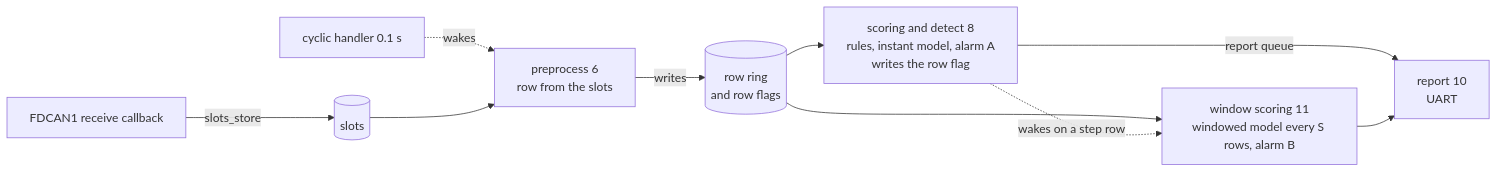
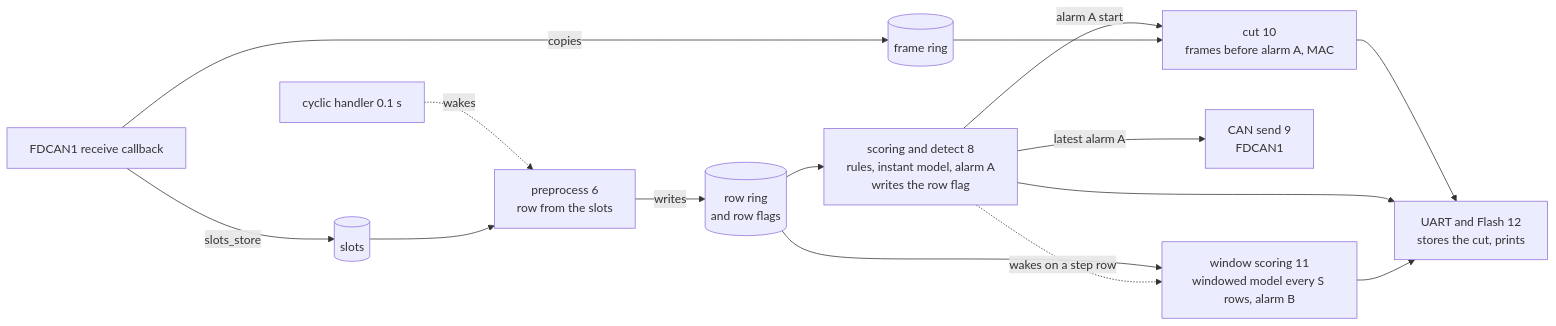
One commit to asana17/ai_can_anomaly_detection changed the diagram in board/docs/goal_window.md. Above: the diagram before and after it, drawn with Mermaid. The commit also changed other lines of this file, not shown here.

Commit message:
docs(board): plan the alarm outputs and the cut task

````diff
--- a/board/docs/goal_window.md
+++ b/board/docs/goal_window.md
@@ -86,12 +87,17 @@
 ```mermaid
 flowchart LR
     irq["FDCAN1 receive callback"] -- slots_store --> slots[(slots)]
+    irq -- copies --> frames[(frame ring)]
     tick[cyclic handler 0.1 s] -. wakes .-> pre
     slots --> pre["preprocess 6<br/>row from the slots"]
     pre -- writes --> ring[(row ring<br/>and row flags)]
     ring --> sd["scoring and detect 8<br/>rules, instant model, alarm A<br/>writes the row flag"]
     ring --> win["window scoring 11<br/>windowed model every S rows, alarm B"]
     sd -. wakes on a step row .-> win
-    sd -- report queue --> report["report 10<br/>UART"]
-    win --> report
+    sd -- latest alarm A --> can["CAN send 9<br/>FDCAN1"]
+    sd -- alarm A start --> cut["cut 10<br/>frames before alarm A, MAC"]
+    frames --> cut
+    cut --> out["UART and Flash 12<br/>stores the cut, prints"]
+    sd --> out
+    win --> out
 ```
````
